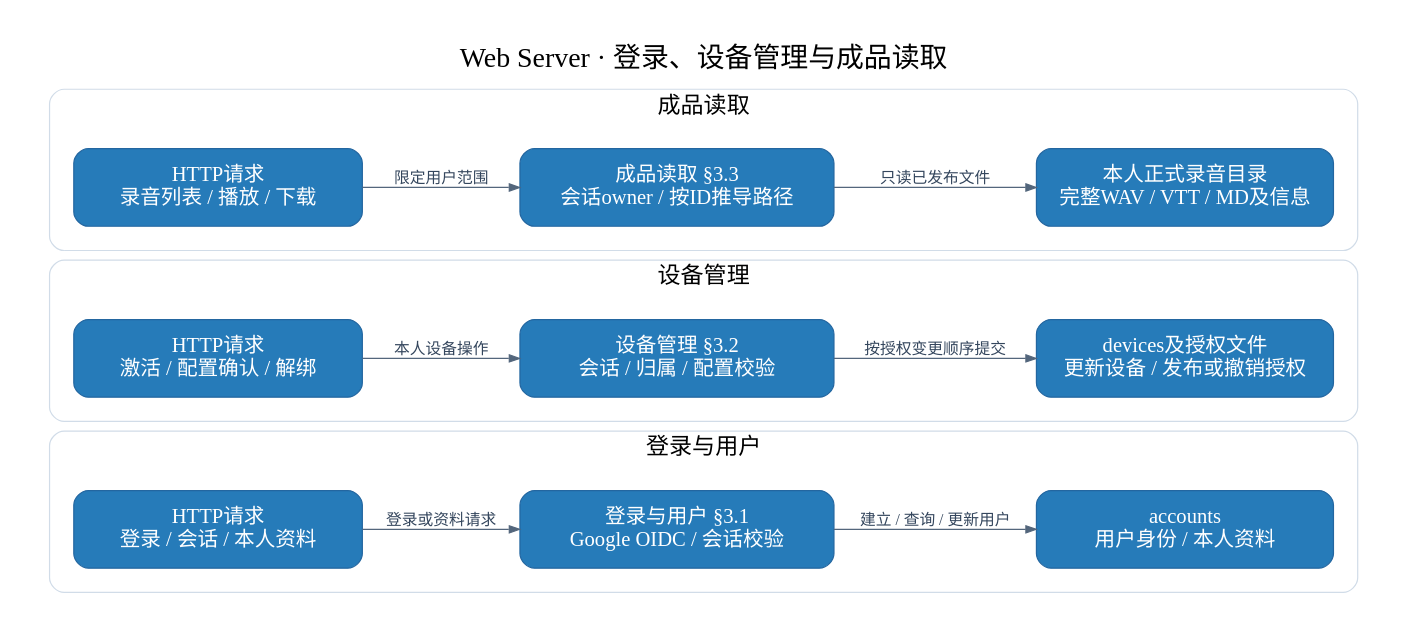
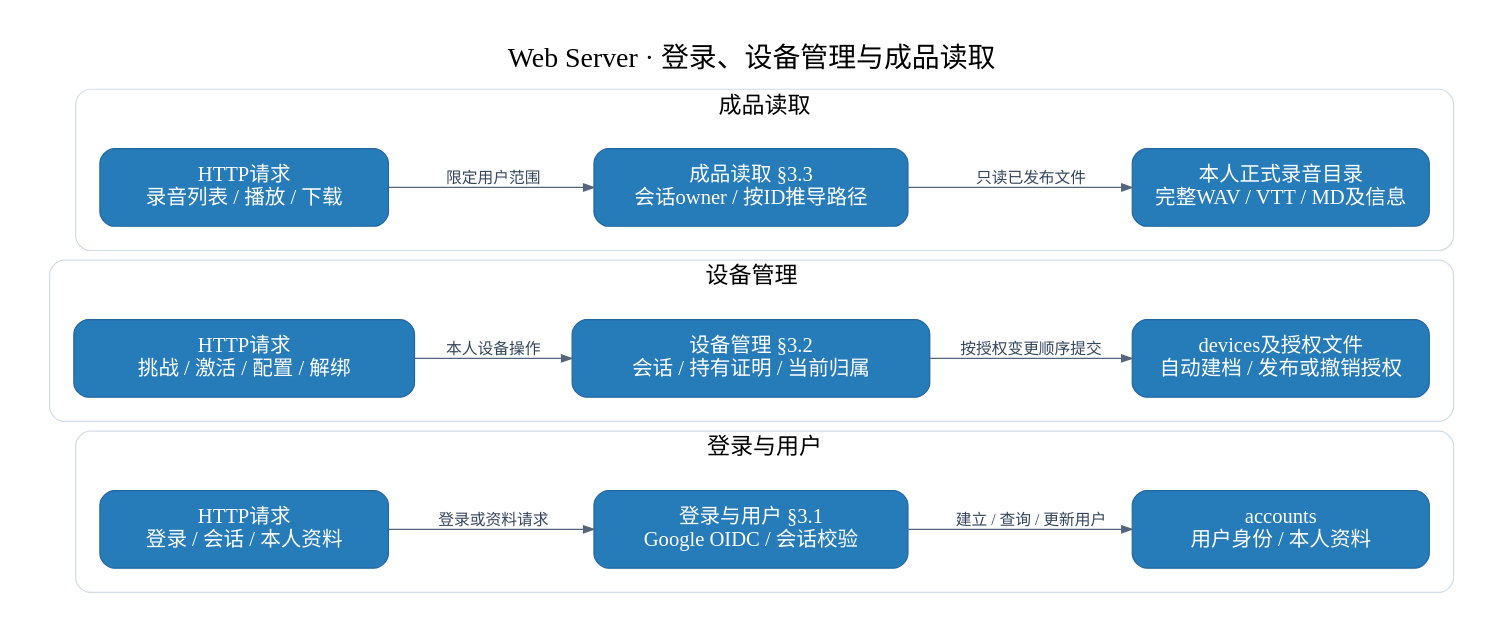
One commit to boboliu-1010/speaker changed the diagram in docs/assets/diagrams/10-web-components.dot. Above: the diagram before and after it, drawn with Graphviz. The commit also changed 7 other files, not shown here.

Commit message:
docs: align self-service device binding across APIs schema and diagrams

```diff
--- a/docs/assets/diagrams/10-web-components.dot
+++ b/docs/assets/diagrams/10-web-components.dot
@@ -1,35 +1,35 @@
 digraph G {
 graph [rankdir=LR, bgcolor="white", pad="0.35", nodesep="0.45", ranksep="0.55", splines=line, fontname="PingFang SC", fontsize=23, labelloc=t, label="Web Server · 登录、设备管理与成品读取"];
 node [shape=box, style="rounded,filled", fillcolor="#267bb9", color="#2366a0", fontcolor=white, fontname="PingFang SC", fontsize=17, margin="0.22,0.18"];
 edge [fontname="PingFang SC", fontsize=13, color="#53667c", fontcolor="#34465d", arrowsize=0.85];
 subgraph cluster_0 { label="登录与用户"; color="#d1dce8"; style=rounded; fontsize=19; margin=20;
 auth_api [width=3.30, label="HTTP请求
 登录 / 会话 / 本人资料"];
 user [width=3.60, label="登录与用户 §3.1
 Google OIDC / 会话校验"];
 account [width=3.40, label="accounts
 用户身份 / 本人资料"];
 auth_api -> user [label="登录或资料请求"];
 user -> account [label="建立 / 查询 / 更新用户"];
 }
 subgraph cluster_1 { label="设备管理"; color="#d1dce8"; style=rounded; fontsize=19; margin=20;
-device_api [width=3.30, label="HTTP请求
-激活 / 配置确认 / 解绑"];
-device [width=3.60, label="设备管理 §3.2
-会话 / 归属 / 配置校验"];
+device_api [width=3.90, label="HTTP请求
+挑战 / 激活 / 配置 / 解绑"];
+device [width=4.10, label="设备管理 §3.2
+会话 / 持有证明 / 当前归属"];
 project [width=3.40, label="devices及授权文件
-更新设备 / 发布或撤销授权"];
+自动建档 / 发布或撤销授权"];
 device_api -> device [label="本人设备操作"];
 device -> project [label="按授权变更顺序提交"];
 }
 subgraph cluster_2 { label="成品读取"; color="#d1dce8"; style=rounded; fontsize=19; margin=20;
 record_api [width=3.30, label="HTTP请求
 录音列表 / 播放 / 下载"];
 read [width=3.60, label="成品读取 §3.3
 会话owner / 按ID推导路径"];
 files [width=3.40, label="本人正式录音目录
 完整WAV / VTT / MD及信息"];
 record_api -> read [label="限定用户范围"];
 read -> files [label="只读已发布文件"];
 }
 }
```
